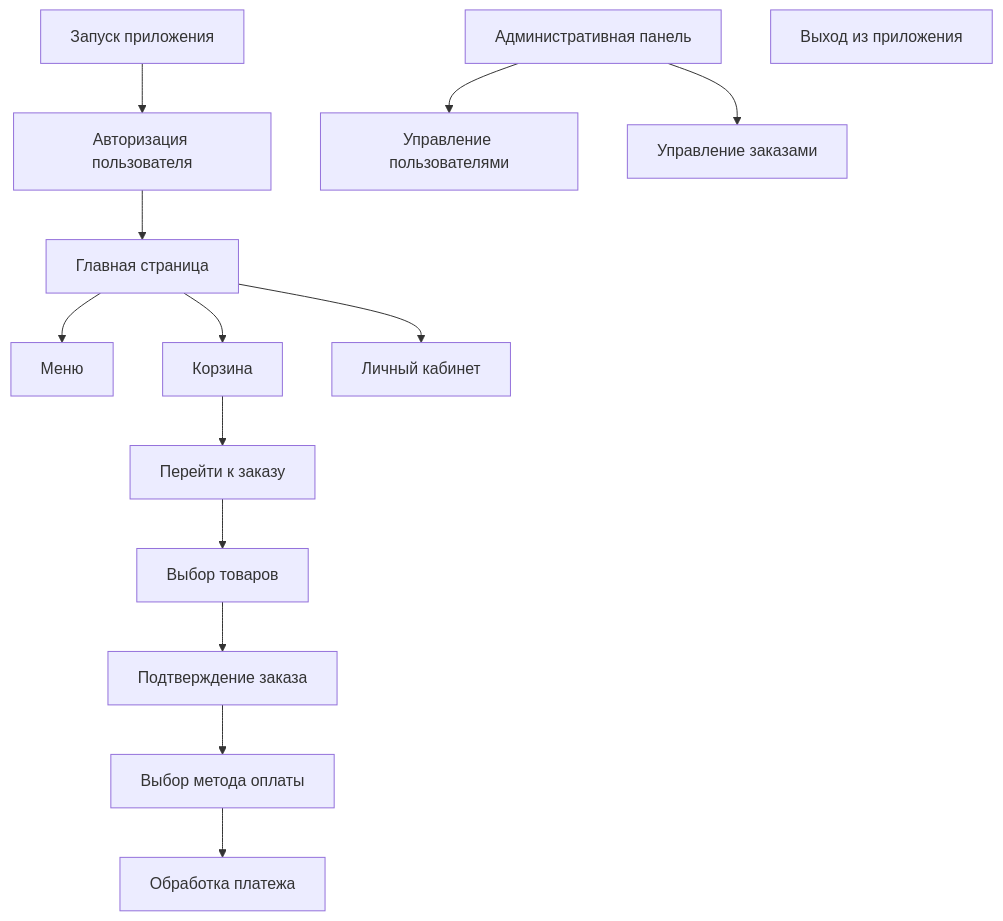
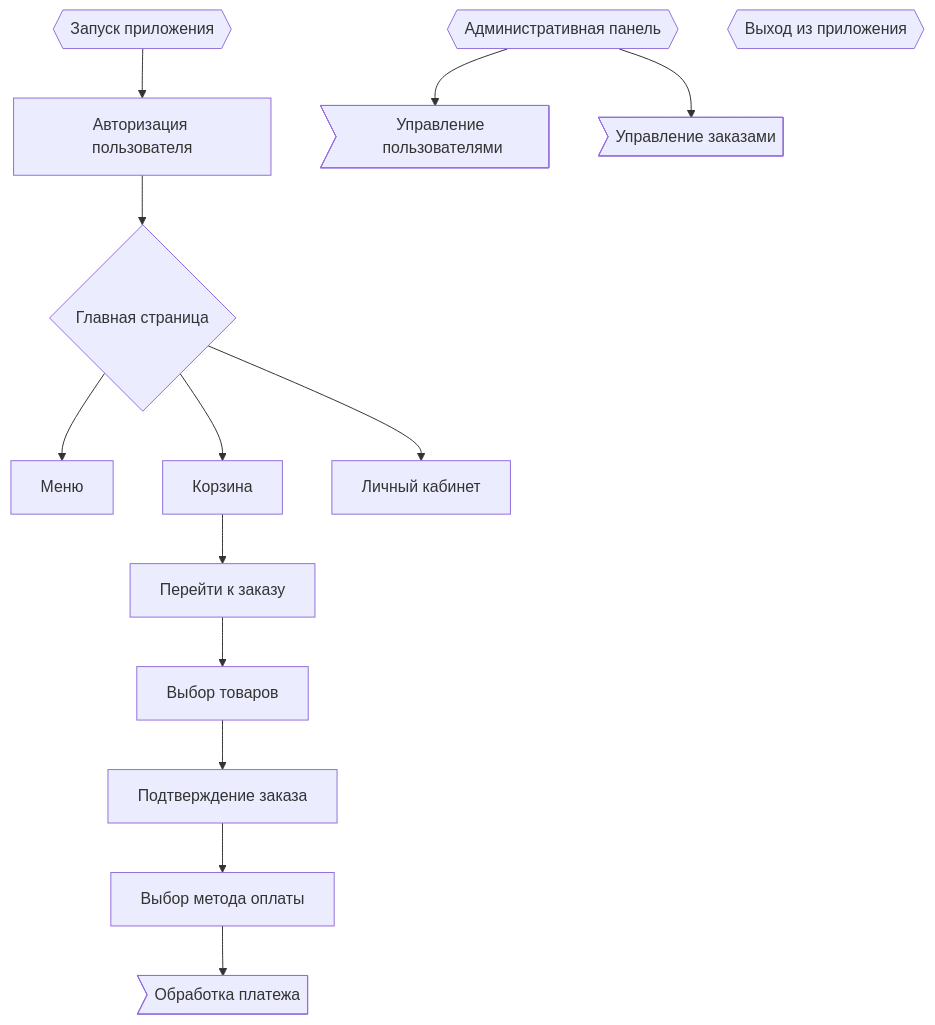
Before and after one commit to DenisKarimov8/Karimov-IS-31-Works: the first of 3 diagrams in README.md, drawn with Mermaid. The commit also changed other lines of this file, not shown here.

````diff
--- a/README.md
+++ b/README.md
@@ -138,21 +139,21 @@
-```mermaid
+```mermaid  
 flowchart TD
-    A[Запуск приложения] --> B[Авторизация пользователя]
-    B --> C[Главная страница]
+    A{{Запуск приложения}} --> B[Авторизация пользователя]
+    B --> C{Главная страница}
     C --> D[Меню]
     C --> F[Корзина]
     C --> G[Личный кабинет]
     
     F --> J[Перейти к заказу]
     J --> N[Выбор товаров]
     N --> P[Подтверждение заказа]
     P --> Q[Выбор метода оплаты]
-    Q --> R[Обработка платежа]
+    Q --> R>Обработка платежа]
     
-    X[Административная панель] --> Y[Управление пользователями]
-    X --> Z[Управление заказами]
+    X{{Административная панель}} --> Y>Управление пользователями]
+    X --> Z>Управление заказами]
     
-    DD[Выход из приложения]
+    DD{{Выход из приложения}}
 
 
 ```
````
